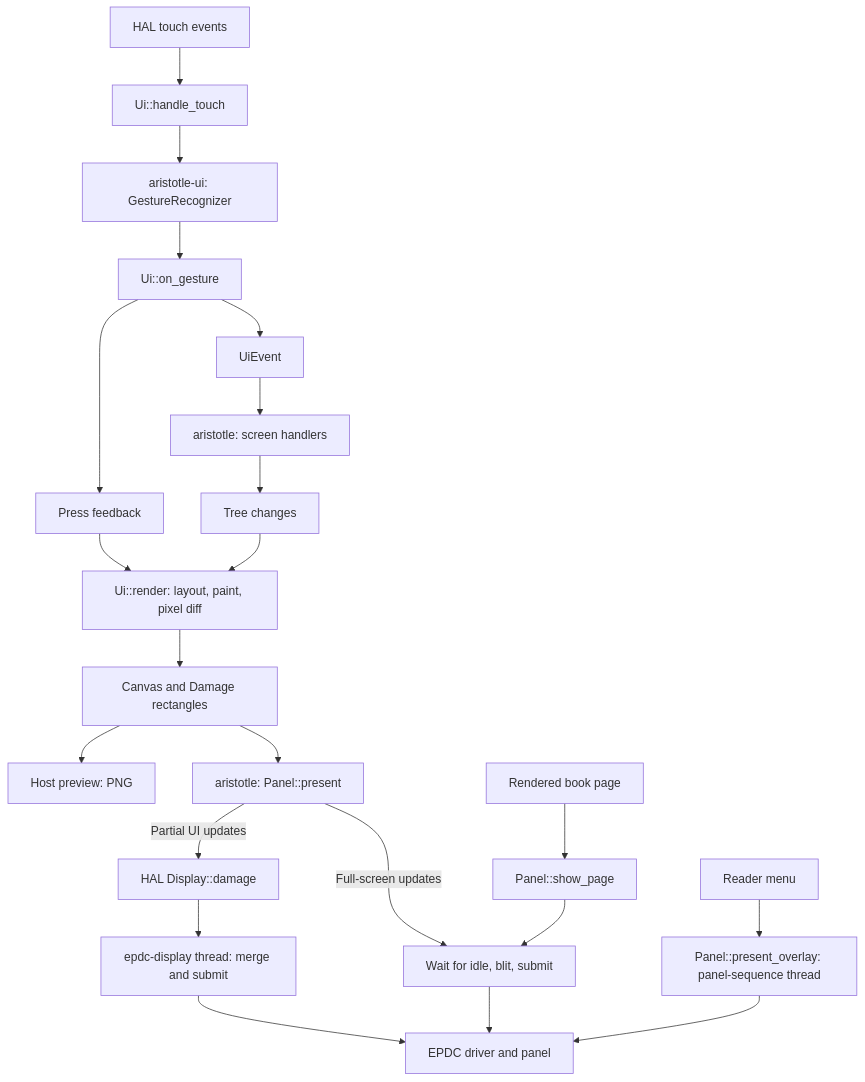
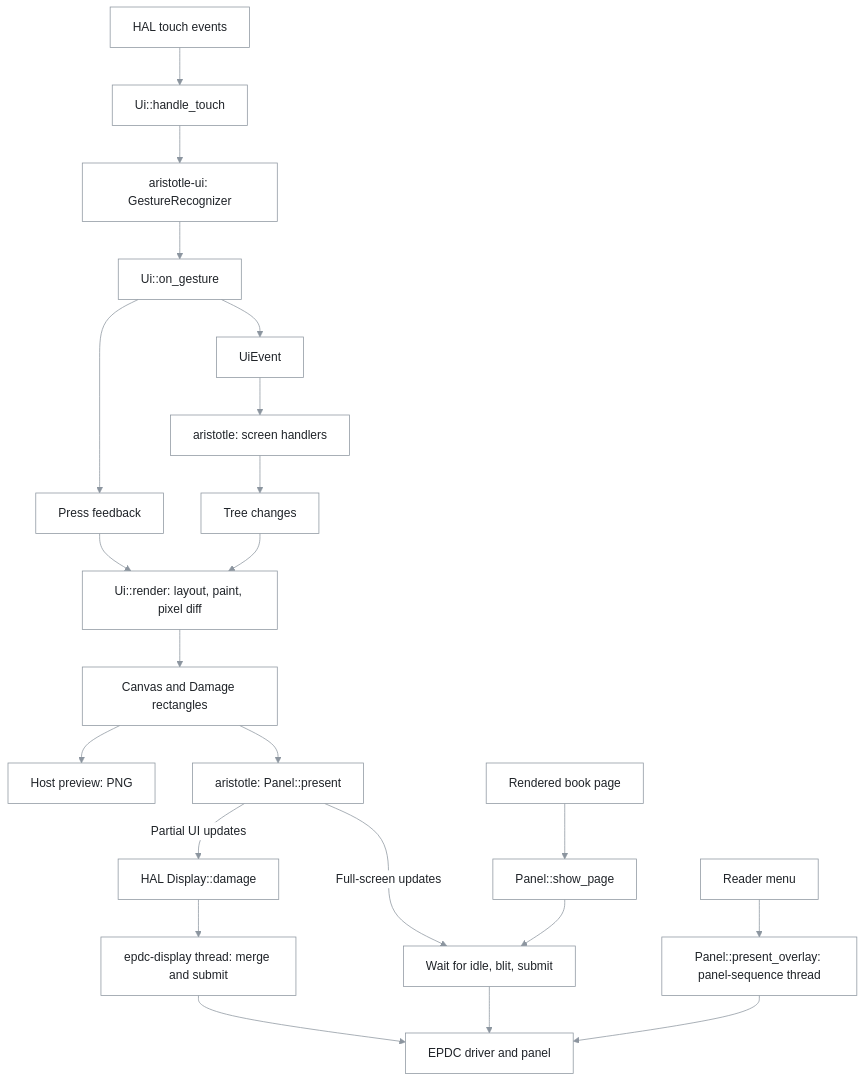
Before and after one commit to piotrkowski/aristotle: the diagram in docs/ui-framework.md, drawn with Mermaid. The commit also changed 3 other files, not shown here.

First line of the commit message:
docs: screenshots in reader.md, a white Mermaid theme, no related-projects table

````diff
--- a/docs/ui-framework.md
+++ b/docs/ui-framework.md
@@ -9,24 +9,25 @@
 ```mermaid
+%%{init: {"theme": "base", "themeVariables": {"primaryColor": "#ffffff", "primaryTextColor": "#1f2328", "primaryBorderColor": "#8c959f", "lineColor": "#8c959f", "secondaryColor": "#ffffff", "tertiaryColor": "#ffffff", "edgeLabelBackground": "#ffffff", "fontFamily": "-apple-system, Segoe UI, Helvetica, Arial, sans-serif"}}}%%
 flowchart TD
     Touch["HAL touch events"] --> Handle["Ui::handle_touch"]
     Handle --> Gesture["aristotle-ui: GestureRecognizer"]
     Gesture --> Dispatch["Ui::on_gesture"]
     Dispatch --> Feedback["Press feedback"]
     Dispatch --> Event["UiEvent"]
     Event --> App["aristotle: screen handlers"]
     App --> Tree["Tree changes"]
     Feedback --> Render["Ui::render: layout, paint, pixel diff"]
     Tree --> Render
     Render --> Damage["Canvas and Damage rectangles"]
     Damage --> Preview["Host preview: PNG"]
     Damage --> Present["aristotle: Panel::present"]
     Present -->|Partial UI updates| Display["HAL Display::damage"]
     Display --> Worker["epdc-display thread: merge and submit"]
     Present -->|Full-screen updates| Full["Wait for idle, blit, submit"]
     Page["Rendered book page"] --> Show["Panel::show_page"]
     Show --> Full
     Overlay["Reader menu"] --> Sequence["Panel::present_overlay: panel-sequence thread"]
     Worker --> EPDC["EPDC driver and panel"]
     Full --> EPDC
     Sequence --> EPDC
 ```
````
